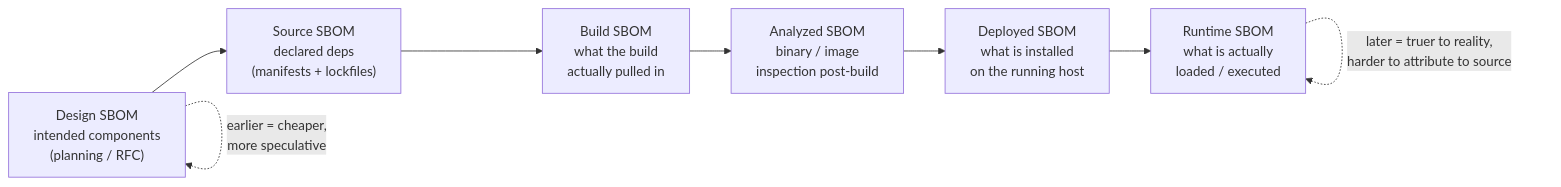
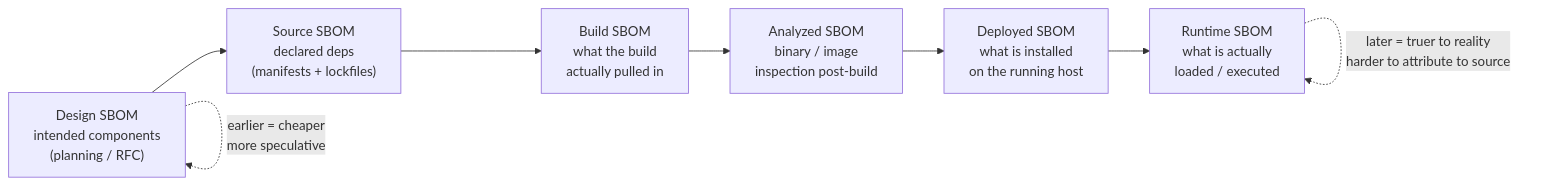
One commit to bumbsclaw/textbooks changed the second of 7 diagrams in book-03-sboms/ch01-why-sboms.md. Above: the diagram before and after it, drawn with Mermaid. The commit also changed 173 other files, not shown here.

First line of the commit message:
fix(mermaid): close note brackets, semicolons in Notes, stateDiagram br -> dash, edge parens

````diff
--- a/book-03-sboms/ch01-why-sboms.md
+++ b/book-03-sboms/ch01-why-sboms.md
@@ -174,14 +174,14 @@
 ```mermaid
 flowchart LR
     D["Design SBOM<br/>intended components<br/>(planning / RFC)"]
     S["Source SBOM<br/>declared deps<br/>(manifests + lockfiles)"]
     B["Build SBOM<br/>what the build<br/>actually pulled in"]
     A["Analyzed SBOM<br/>binary / image<br/>inspection post-build"]
     DE["Deployed SBOM<br/>what is installed<br/>on the running host"]
     R["Runtime SBOM<br/>what is actually<br/>loaded / executed"]
 
     D --> S --> B --> A --> DE --> R
 
-    D -.->|"earlier = cheaper,<br/>more speculative"| D
-    R -.->|"later = truer to reality,<br/>harder to attribute to source"| R
+    D -.->|"earlier = cheaper <br >more speculative"| D
+    R -.->|"later = truer to reality <br >harder to attribute to source"| R
 ```
````
